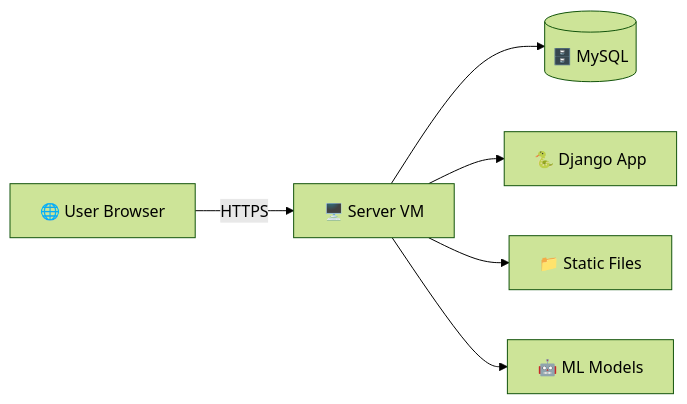
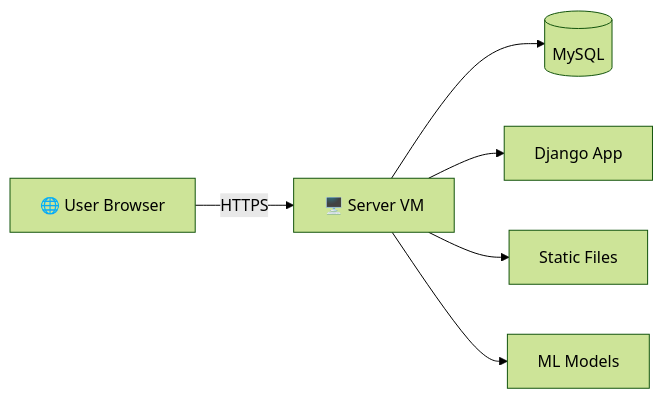
Before and after one commit to AnanthanAnil/summa: the third of 9 diagrams in README.md, drawn with Mermaid (forest theme). The commit also changed other lines of this file, not shown here.

````diff
--- a/README.md
+++ b/README.md
@@ -233,8 +233,8 @@
 ```mermaid
 graph LR
     A[🌐 User Browser] -->|HTTPS| B[🖥️ Server VM]
-    B --> C[(🗄️ MySQL)]
-    B --> D[🐍 Django App]
-    B --> E[📁 Static Files]
-    B --> F[🤖 ML Models]
+    B --> C[( MySQL)]
+    B --> D[Django App]
+    B --> E[ Static Files]
+    B --> F[ ML Models]
 ```
````
